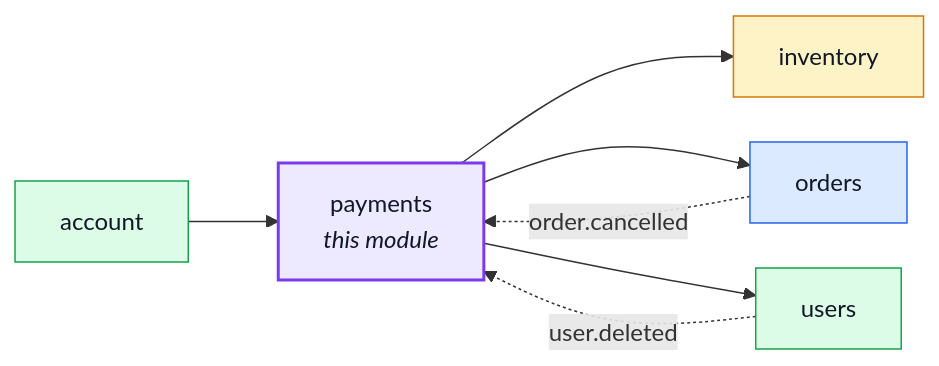
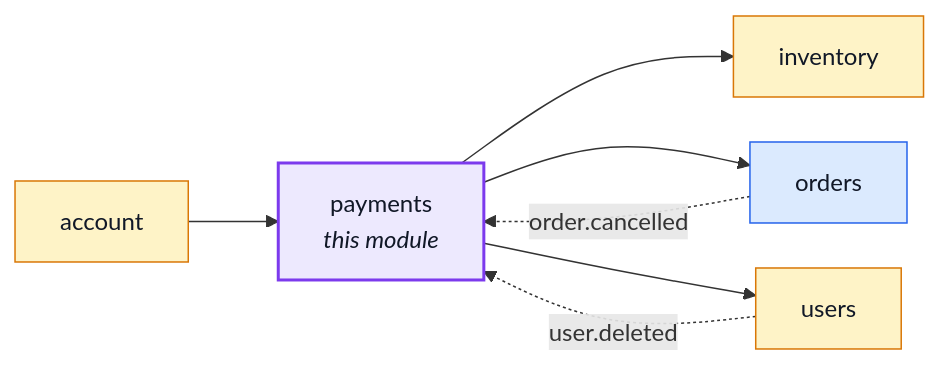
The first of 2 diagrams in docs/modules/payments.md (Guebbit/boilerplate-node-backend), drawn with Mermaid before and after one commit. The commit also changed 13 other files, not shown here.

````diff
--- a/docs/modules/payments.md
+++ b/docs/modules/payments.md
@@ -16,25 +16,24 @@
 ```mermaid
 %%{init: {'flowchart': {'nodeSpacing': 30, 'rankSpacing': 60}}}%%
 flowchart LR
     payments["payments<br/><i>this module</i>"]
     account["account"]
     inventory["inventory"]
     orders["orders"]
     users["users"]
 
     account --> payments
     payments --> inventory
     payments --> orders
     payments --> users
     orders -. "order.cancelled" .-> payments
     users -. "user.deleted" .-> payments
 
     classDef core fill:#dbeafe,stroke:#2563eb,color:#111827;
     classDef supporting fill:#fef3c7,stroke:#d97706,color:#111827;
     classDef generic fill:#dcfce7,stroke:#16a34a,color:#111827;
     classDef centre fill:#ede9fe,stroke:#7c3aed,stroke-width:2px,color:#111827;
     class orders core;
-    class inventory supporting;
-    class account,users generic;
+    class account,inventory,users supporting;
     class payments centre;
 ```
````
